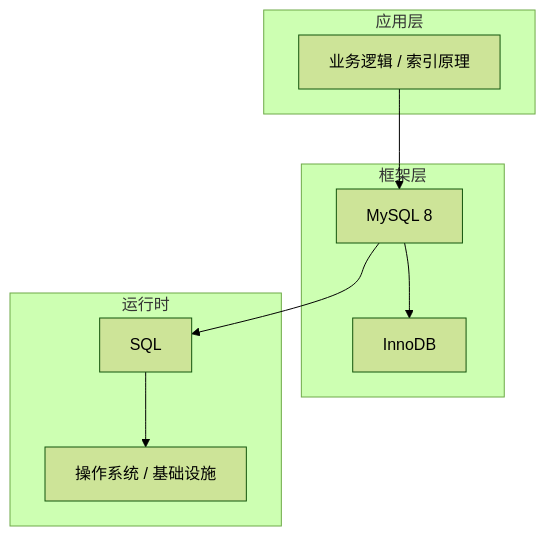
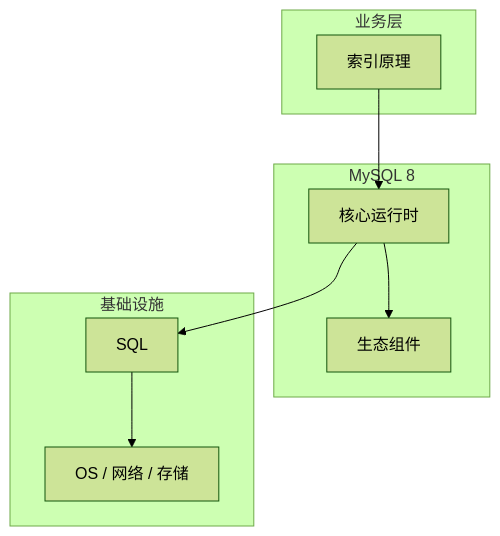
Before and after one commit to yanggan2015/knowledge-json-v2: the diagram in articles/MySQL/chapters/056-索引原理核心概念与原理.md, drawn with Mermaid (forest theme). The commit also changed other lines of this file and 10127 other files, not shown here.

````diff
--- a/articles/MySQL/chapters/056-索引原理核心概念与原理.md
+++ b/articles/MySQL/chapters/056-索引原理核心概念与原理.md
@@ -45,18 +30,18 @@
 ```mermaid
 graph TB
-    subgraph 应用层
-        A[业务逻辑 / 索引原理]
+    subgraph 业务层
+        A[索引原理]
     end
-    subgraph 框架层
-        B[MySQL 8]
-        C[InnoDB]
+    subgraph MySQL 8
+        B[核心运行时]
+        C[生态组件]
     end
-    subgraph 运行时
+    subgraph 基础设施
         D[SQL]
-        E[操作系统 / 基础设施]
+        E[OS / 网络 / 存储]
     end
     A --> B
     B --> C
     B --> D
     D --> E
 ```
````
